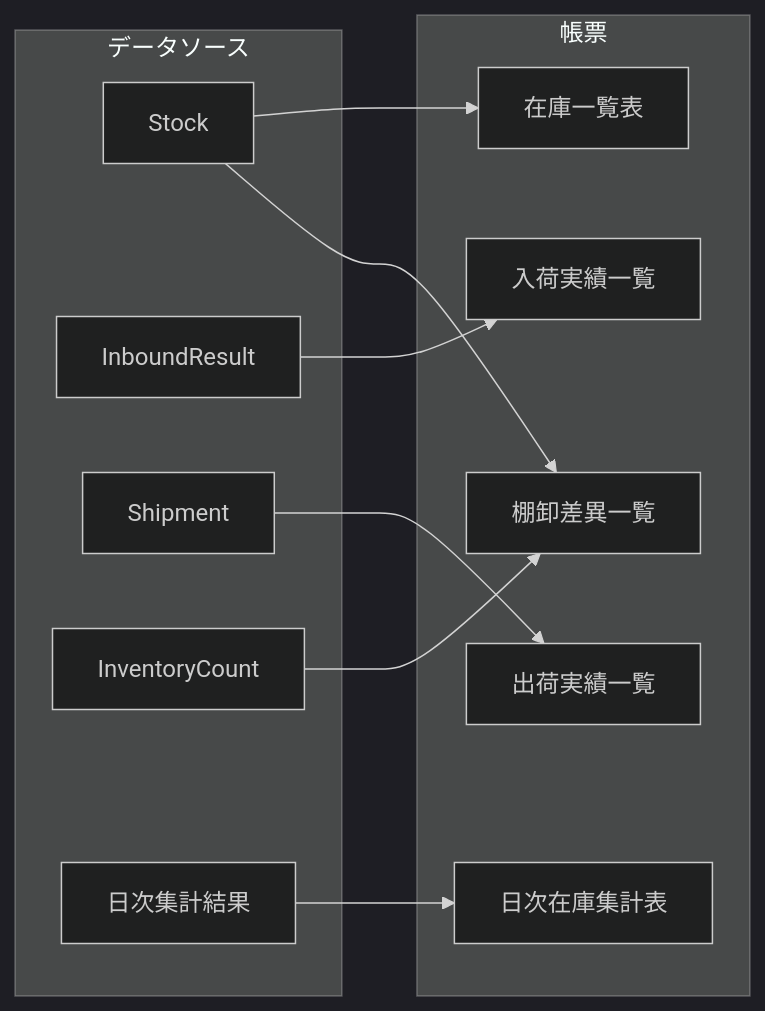
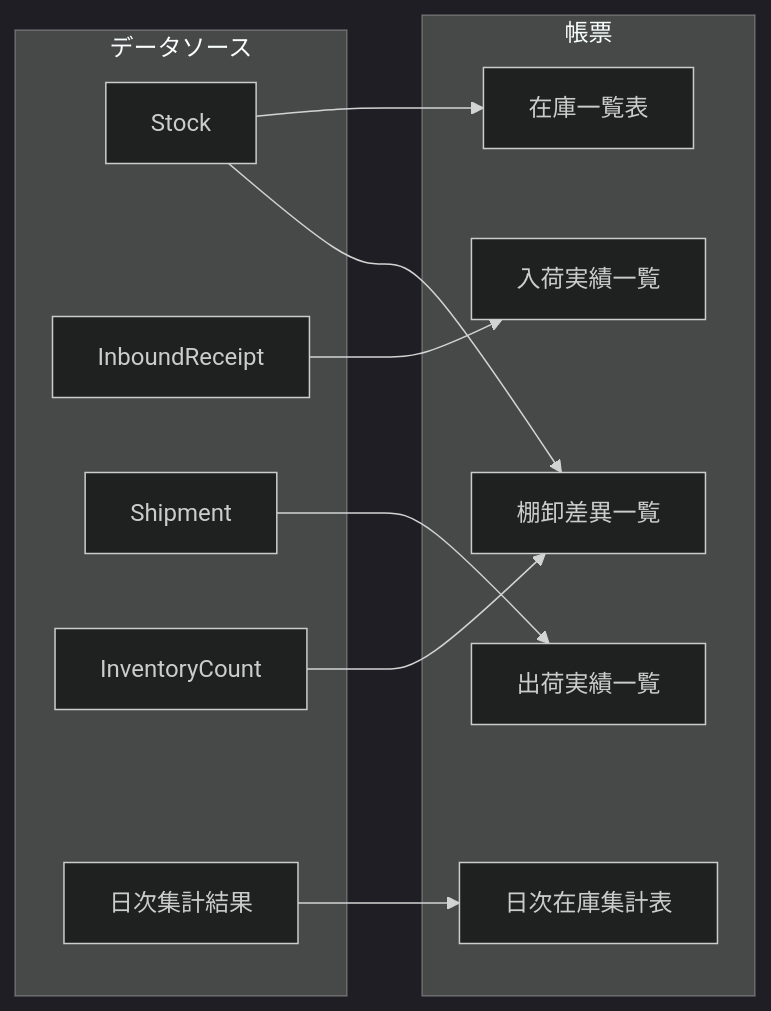
One commit to innovative-code-m/wms-research-sample-repo changed the diagram in docs/60_reports/ReportList.md. Above: the diagram before and after it, drawn with Mermaid (dark theme). The commit also changed other lines of this file and 5 other files, not shown here.

````diff
--- a/docs/60_reports/ReportList.md
+++ b/docs/60_reports/ReportList.md
@@ -76,25 +76,25 @@
 ```mermaid
 flowchart LR
     subgraph Data [データソース]
         Stock
-        InboundResult
+        InboundReceipt
         Shipment
         InventoryCount
         DailySummary[日次集計結果]
     end
 
     subgraph Reports [帳票]
         R1[在庫一覧表]
         R2[入荷実績一覧]
         R3[出荷実績一覧]
         R4[棚卸差異一覧]
         R5[日次在庫集計表]
     end
 
     Stock --> R1
-    InboundResult --> R2
+    InboundReceipt --> R2
     Shipment --> R3
     InventoryCount --> R4
     Stock --> R4
     DailySummary --> R5
 ```
````
